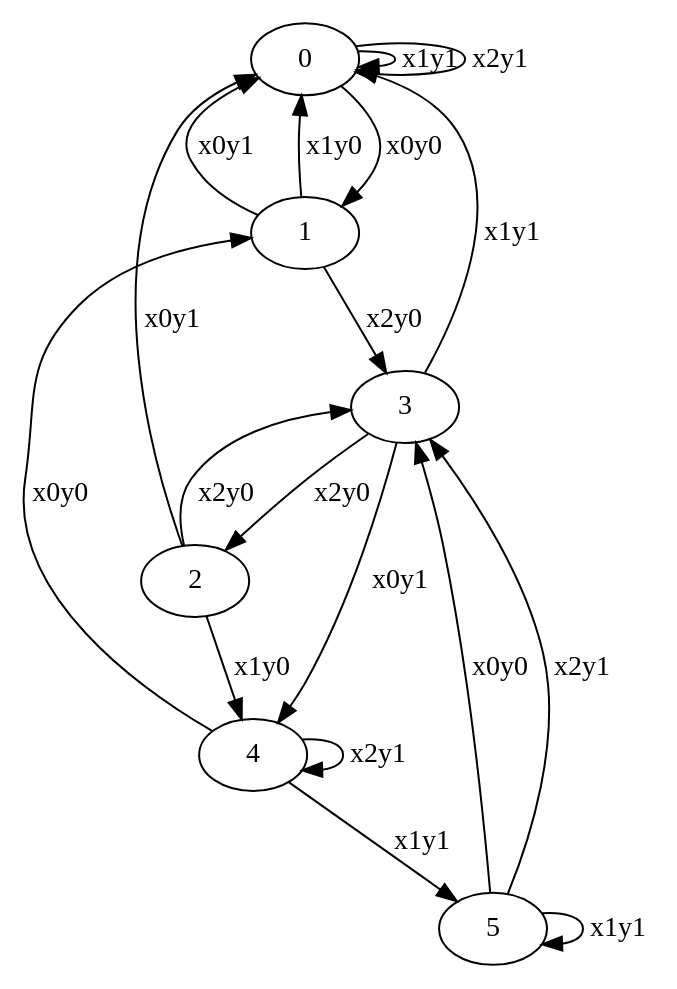
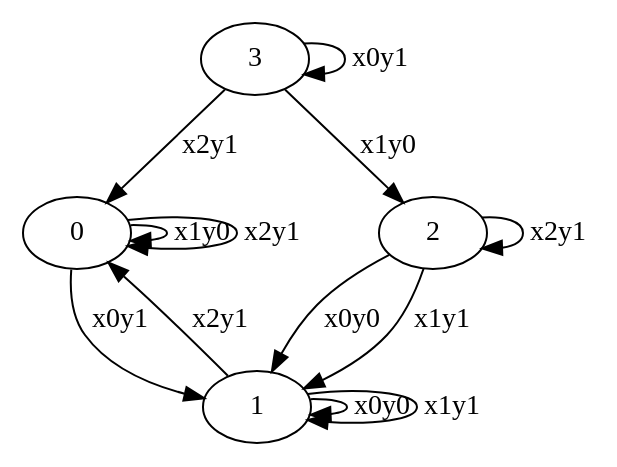
The diagram in minimiz/graph.dot (waslost0/tafl), drawn with Graphviz before and after one commit. The commit also changed 13 other files, not shown here.

```diff
--- a/minimiz/graph.dot
+++ b/minimiz/graph.dot
@@ -1,20 +1,14 @@
 digraph {
-	0 -> 1[label=x0y0];
-	0 -> 0[label=x1y1];
+	0 -> 1[label=x0y1];
+	0 -> 0[label=x1y0];
 	0 -> 0[label=x2y1];
-	1 -> 0[label=x0y1];
-	1 -> 0[label=x1y0];
-	1 -> 3[label=x2y0];
-	2 -> 0[label=x0y1];
-	2 -> 4[label=x1y0];
-	2 -> 3[label=x2y0];
-	3 -> 4[label=x0y1];
-	3 -> 0[label=x1y1];
-	3 -> 2[label=x2y0];
-	4 -> 1[label=x0y0];
-	4 -> 5[label=x1y1];
-	4 -> 4[label=x2y1];
-	5 -> 3[label=x0y0];
-	5 -> 5[label=x1y1];
-	5 -> 3[label=x2y1];
+	1 -> 1[label=x0y0];
+	1 -> 1[label=x1y1];
+	1 -> 0[label=x2y1];
+	2 -> 1[label=x0y0];
+	2 -> 1[label=x1y1];
+	2 -> 2[label=x2y1];
+	3 -> 3[label=x0y1];
+	3 -> 2[label=x1y0];
+	3 -> 0[label=x2y1];
 }
```
